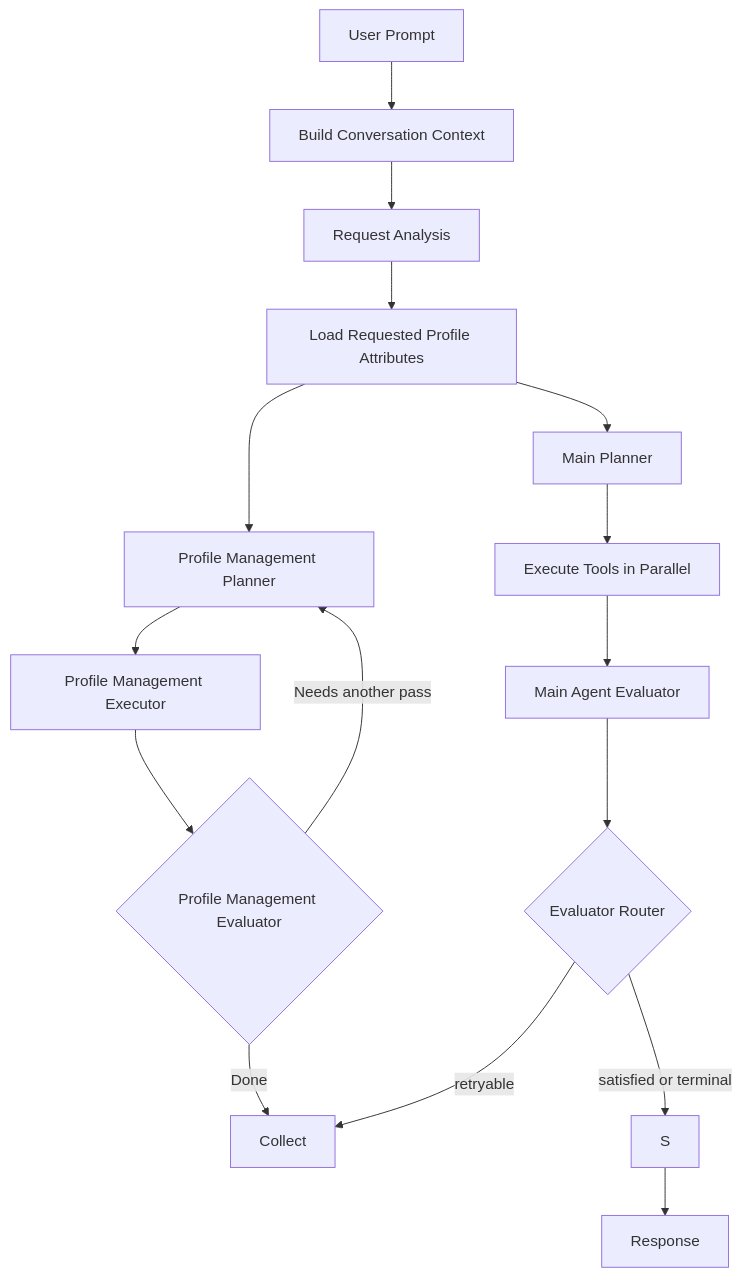
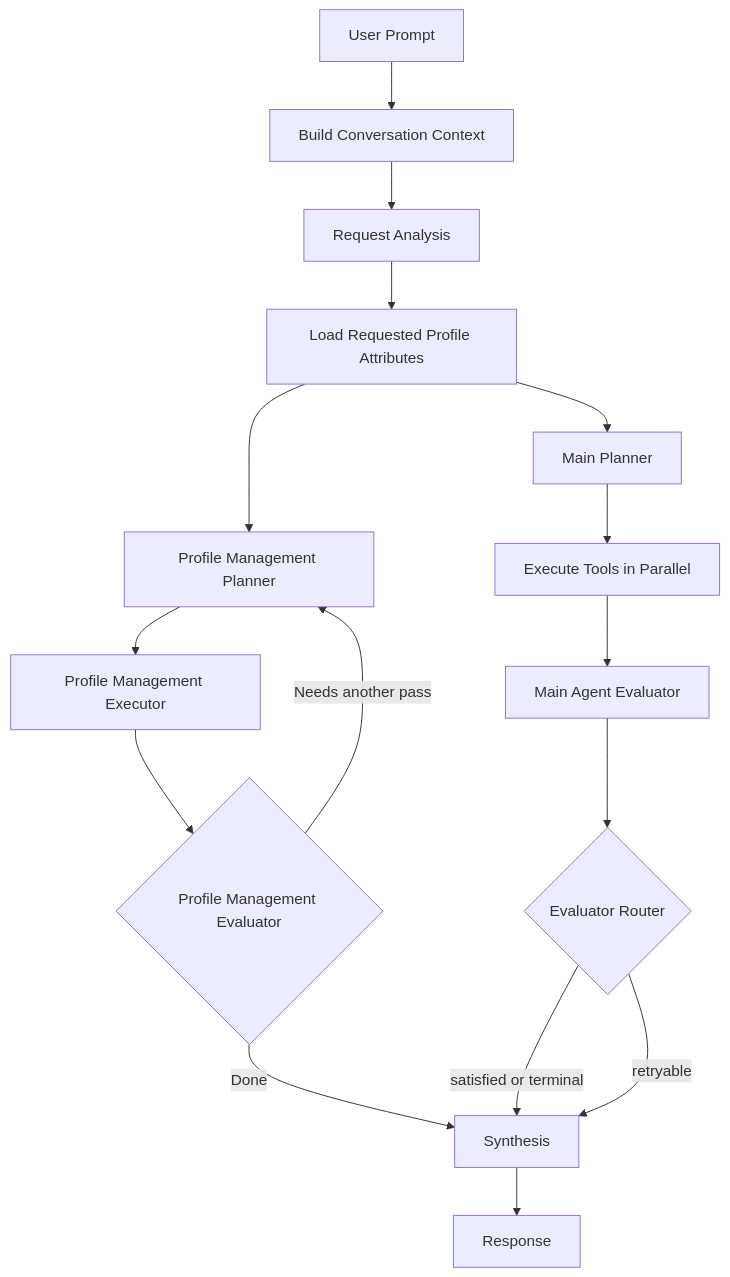
The diagram in README.md (mikeshutov/llm_poc), drawn with Mermaid before and after one commit.

````diff
--- a/README.md
+++ b/README.md
@@ -36,19 +36,19 @@
 ```mermaid
 flowchart TD
     A[User Prompt] --> B[Build Conversation Context]
     B --> C[Request Analysis]
     C --> D[Load Requested Profile Attributes]
     D --> P1[Main Planner]
     D --> PMP[Profile Management Planner]
     PMP --> PMX[Profile Management Executor]
     PMX --> PMV{Profile Management Evaluator}
     PMV -->|Needs another pass| PMP
-    PMV -->|Done| K[Collect]
+    PMV -->|Done| S[Synthesis]
     P1 --> X[Execute Tools in Parallel]
     X --> EV[Main Agent Evaluator]
 
     EV --> ER{Evaluator Router}
     ER -->|satisfied or terminal| S
-    ER -->|retryable| K
+    ER -->|retryable| S
     S --> L[Response]
 ```
````
